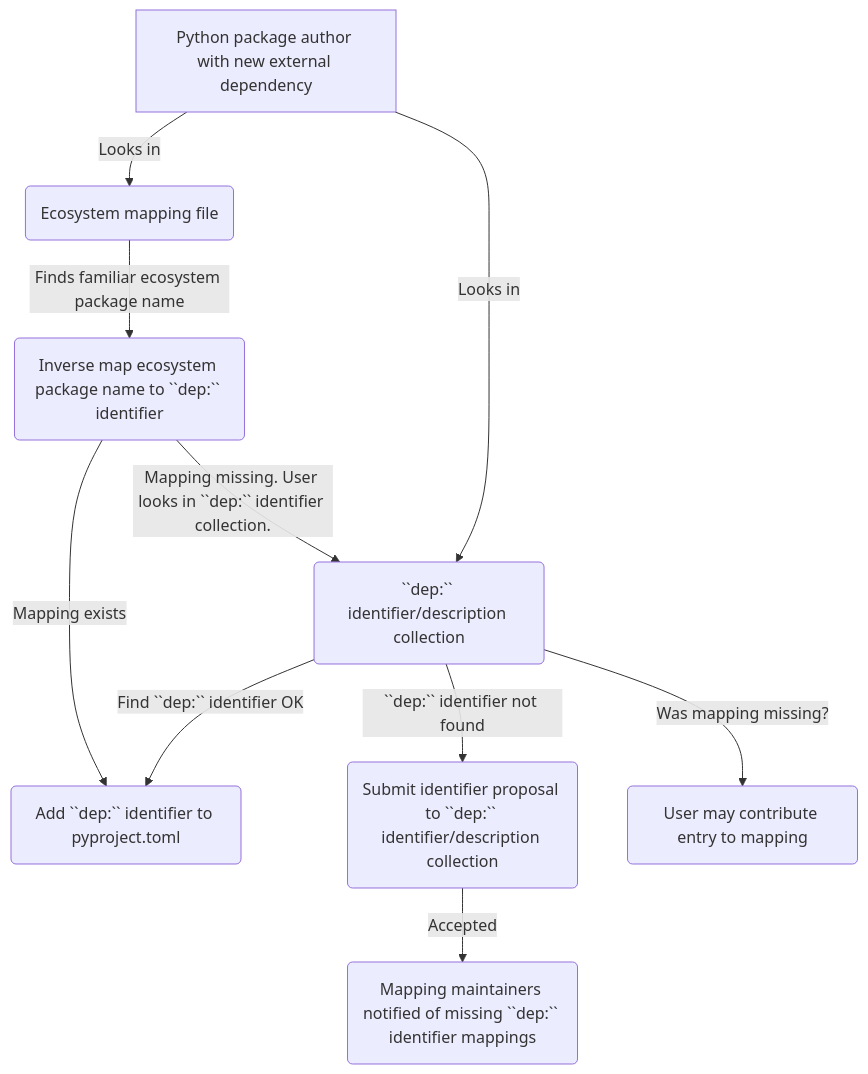
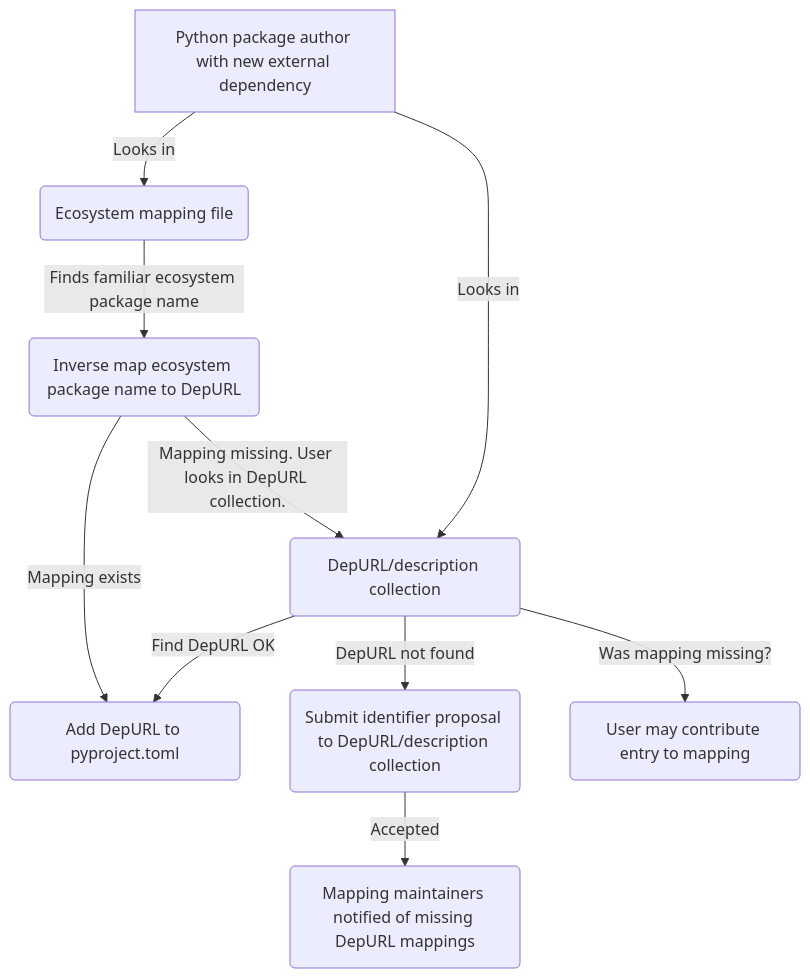
One commit to rgommers/peps changed the diagram in peps/pep-9999.rst. Above: the diagram before and after it, drawn with Mermaid. The commit also changed other lines of this file, not shown here.

```diff
--- a/peps/pep-9999.rst
+++ b/peps/pep-9999.rst
@@ -1002,12 +1031,12 @@
 .. mermaid::
 
    flowchart TD
-     A[Python package author with new external dependency] --> |Looks in| B(``dep:`` identifier/description collection)
-     B --> | Find ``dep:`` identifier OK | E(Add ``dep:`` identifier to pyproject.toml)
+     A[Python package author with new external dependency] --> |Looks in| B(DepURL/description collection)
+     B --> | Find DepURL OK | E(Add DepURL to pyproject.toml)
      A --> | Looks in | C(Ecosystem mapping file)
-     C --> | Finds familiar ecosystem package name | D(Inverse map ecosystem package name to ``dep:`` identifier)
+     C --> | Finds familiar ecosystem package name | D(Inverse map ecosystem package name to DepURL)
      D --> | Mapping exists | E
-     B --> | ``dep:`` identifier not found | F(Submit identifier proposal to ``dep:`` identifier/description collection)
-     F --> | Accepted | G(Mapping maintainers notified of missing ``dep:`` identifier mappings)
-     D --> | Mapping missing. User looks in ``dep:`` identifier collection. | B
+     B --> | DepURL not found | F(Submit identifier proposal to DepURL/description collection)
+     F --> | Accepted | G(Mapping maintainers notified of missing DepURL mappings)
+     D --> | Mapping missing. User looks in DepURL collection. | B
      B --> | Was mapping missing? | H(User may contribute entry to mapping)
```
